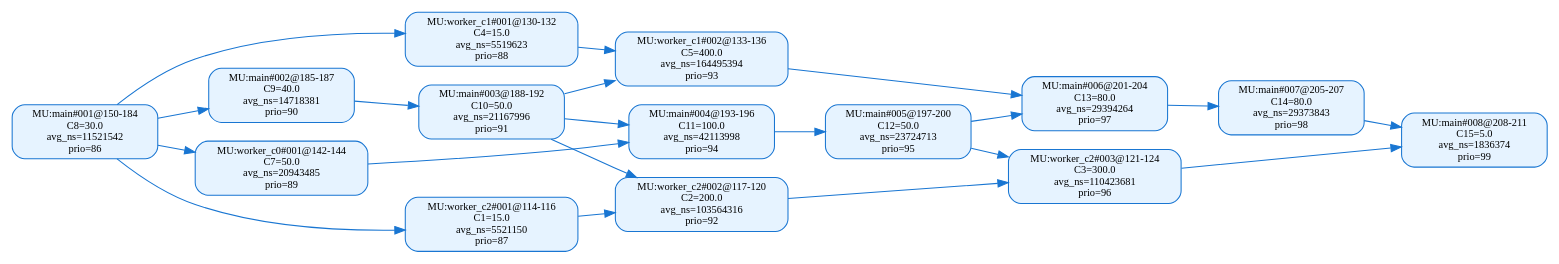
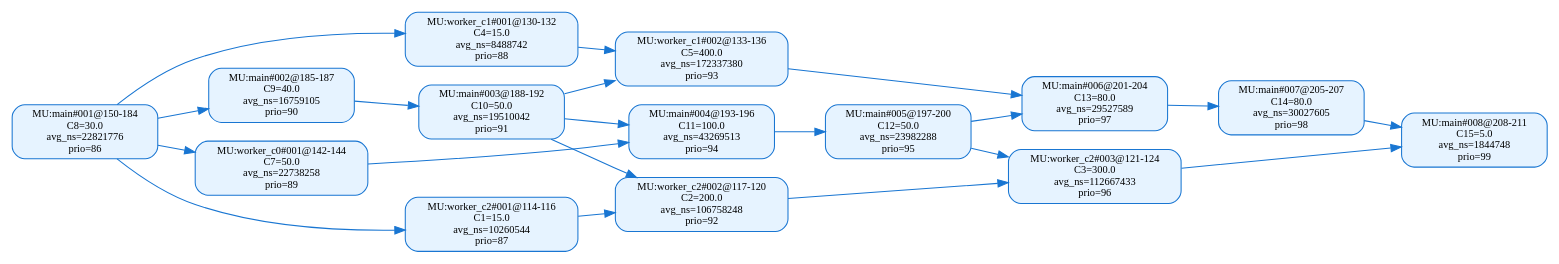
Before and after one commit to RTS-SYSU/DAG-Gen: the diagram in 中间结果/zhang2/pipeline/validation/level2/effective_line_merge/t_level/dag_seg_annotated_value.dot, drawn with Graphviz. The commit also changed 1118 other files, not shown here.

```diff
--- a/中间结果/zhang2/pipeline/validation/level2/effective_line_merge/t_level/dag_seg_annotated_value.dot
+++ b/中间结果/zhang2/pipeline/validation/level2/effective_line_merge/t_level/dag_seg_annotated_value.dot
@@ -1,38 +1,38 @@
 digraph dag_seg_annotated_value {
   rankdir=LR;
   node [shape=box, style="rounded,filled", fillcolor="#E6F3FF", color="#1976D2", fontsize=10];
   edge [color="#1976D2"];
-  "MU:main#001@150-184" [label="MU:main#001@150-184\nC8=30.0\navg_ns=11521542\nprio=86"];
-  "MU:main#002@185-187" [label="MU:main#002@185-187\nC9=40.0\navg_ns=14718381\nprio=90"];
-  "MU:main#003@188-192" [label="MU:main#003@188-192\nC10=50.0\navg_ns=21167996\nprio=91"];
-  "MU:main#004@193-196" [label="MU:main#004@193-196\nC11=100.0\navg_ns=42113998\nprio=94"];
-  "MU:main#005@197-200" [label="MU:main#005@197-200\nC12=50.0\navg_ns=23724713\nprio=95"];
-  "MU:main#006@201-204" [label="MU:main#006@201-204\nC13=80.0\navg_ns=29394264\nprio=97"];
-  "MU:main#007@205-207" [label="MU:main#007@205-207\nC14=80.0\navg_ns=29373843\nprio=98"];
-  "MU:main#008@208-211" [label="MU:main#008@208-211\nC15=5.0\navg_ns=1836374\nprio=99"];
-  "MU:worker_c0#001@142-144" [label="MU:worker_c0#001@142-144\nC7=50.0\navg_ns=20943485\nprio=89"];
-  "MU:worker_c1#001@130-132" [label="MU:worker_c1#001@130-132\nC4=15.0\navg_ns=5519623\nprio=88"];
-  "MU:worker_c1#002@133-136" [label="MU:worker_c1#002@133-136\nC5=400.0\navg_ns=164495394\nprio=93"];
-  "MU:worker_c2#001@114-116" [label="MU:worker_c2#001@114-116\nC1=15.0\navg_ns=5521150\nprio=87"];
-  "MU:worker_c2#002@117-120" [label="MU:worker_c2#002@117-120\nC2=200.0\navg_ns=103564316\nprio=92"];
-  "MU:worker_c2#003@121-124" [label="MU:worker_c2#003@121-124\nC3=300.0\navg_ns=110423681\nprio=96"];
+  "MU:main#001@150-184" [label="MU:main#001@150-184\nC8=30.0\navg_ns=22821776\nprio=86"];
+  "MU:main#002@185-187" [label="MU:main#002@185-187\nC9=40.0\navg_ns=16759105\nprio=90"];
+  "MU:main#003@188-192" [label="MU:main#003@188-192\nC10=50.0\navg_ns=19510042\nprio=91"];
+  "MU:main#004@193-196" [label="MU:main#004@193-196\nC11=100.0\navg_ns=43269513\nprio=94"];
+  "MU:main#005@197-200" [label="MU:main#005@197-200\nC12=50.0\navg_ns=23982288\nprio=95"];
+  "MU:main#006@201-204" [label="MU:main#006@201-204\nC13=80.0\navg_ns=29527589\nprio=97"];
+  "MU:main#007@205-207" [label="MU:main#007@205-207\nC14=80.0\navg_ns=30027605\nprio=98"];
+  "MU:main#008@208-211" [label="MU:main#008@208-211\nC15=5.0\navg_ns=1844748\nprio=99"];
+  "MU:worker_c0#001@142-144" [label="MU:worker_c0#001@142-144\nC7=50.0\navg_ns=22738258\nprio=89"];
+  "MU:worker_c1#001@130-132" [label="MU:worker_c1#001@130-132\nC4=15.0\navg_ns=8488742\nprio=88"];
+  "MU:worker_c1#002@133-136" [label="MU:worker_c1#002@133-136\nC5=400.0\navg_ns=172337380\nprio=93"];
+  "MU:worker_c2#001@114-116" [label="MU:worker_c2#001@114-116\nC1=15.0\navg_ns=10260544\nprio=87"];
+  "MU:worker_c2#002@117-120" [label="MU:worker_c2#002@117-120\nC2=200.0\navg_ns=106758248\nprio=92"];
+  "MU:worker_c2#003@121-124" [label="MU:worker_c2#003@121-124\nC3=300.0\navg_ns=112667433\nprio=96"];
   "MU:worker_c2#001@114-116" -> "MU:worker_c2#002@117-120";
   "MU:worker_c2#002@117-120" -> "MU:worker_c2#003@121-124";
   "MU:worker_c1#001@130-132" -> "MU:worker_c1#002@133-136";
   "MU:main#001@150-184" -> "MU:main#002@185-187";
   "MU:main#002@185-187" -> "MU:main#003@188-192";
   "MU:main#003@188-192" -> "MU:main#004@193-196";
   "MU:main#004@193-196" -> "MU:main#005@197-200";
   "MU:main#005@197-200" -> "MU:main#006@201-204";
   "MU:main#006@201-204" -> "MU:main#007@205-207";
   "MU:main#007@205-207" -> "MU:main#008@208-211";
   "MU:main#001@150-184" -> "MU:worker_c0#001@142-144";
   "MU:main#001@150-184" -> "MU:worker_c1#001@130-132";
   "MU:main#001@150-184" -> "MU:worker_c2#001@114-116";
   "MU:worker_c0#001@142-144" -> "MU:main#004@193-196";
   "MU:worker_c1#002@133-136" -> "MU:main#006@201-204";
   "MU:worker_c2#003@121-124" -> "MU:main#008@208-211";
   "MU:main#003@188-192" -> "MU:worker_c2#002@117-120";
   "MU:main#005@197-200" -> "MU:worker_c2#003@121-124";
   "MU:main#003@188-192" -> "MU:worker_c1#002@133-136";
 }
```
